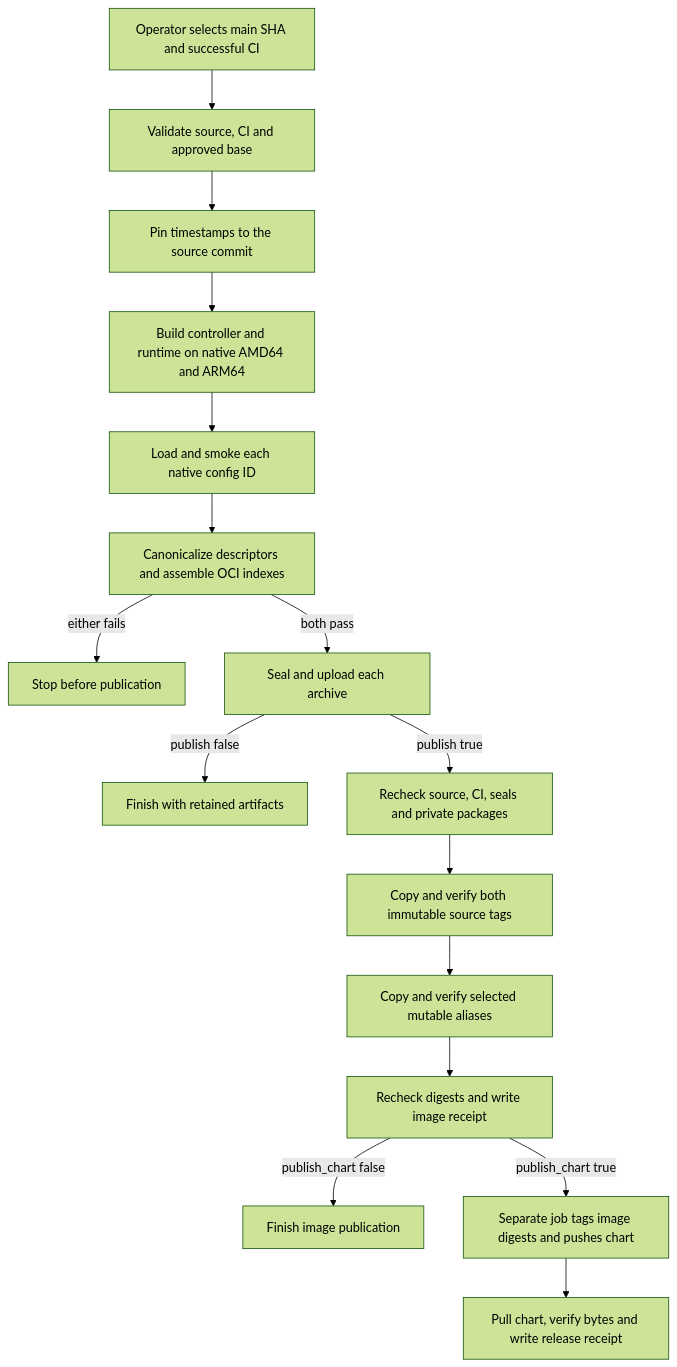
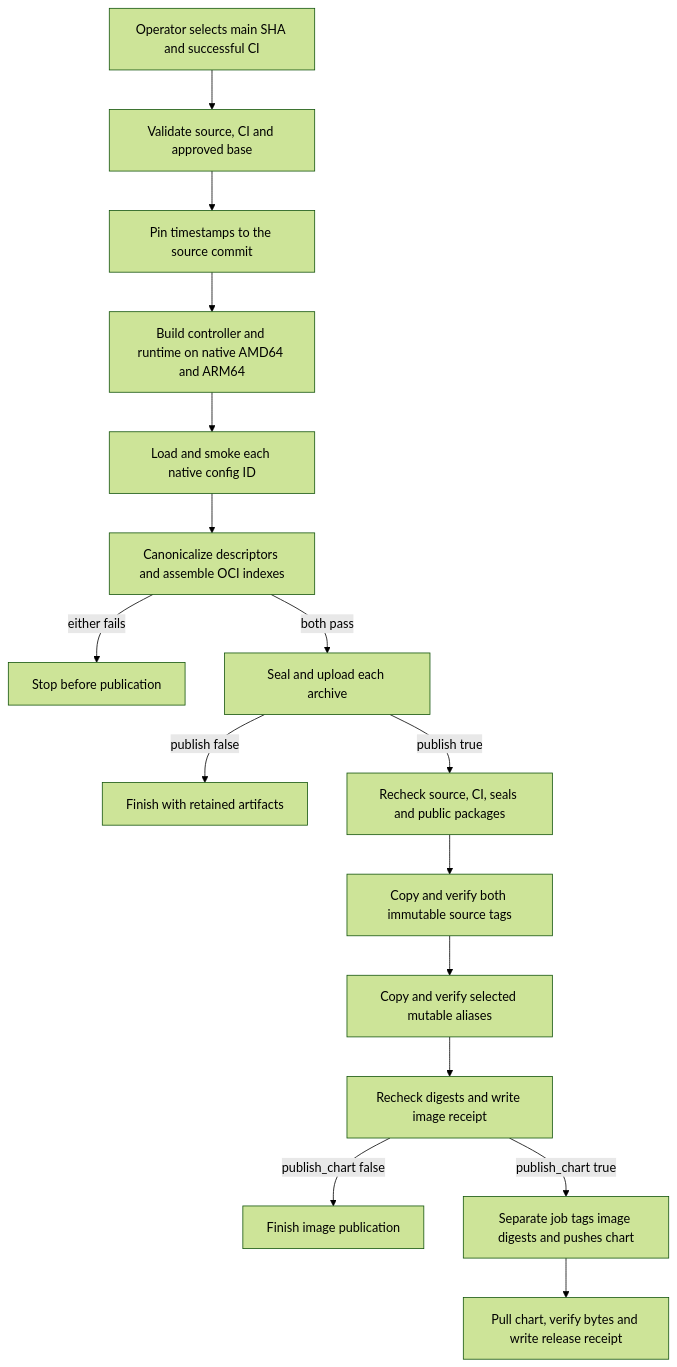
One commit to IsaiahStapleton/openclaw-enterprise changed the diagram in docs/flows/container-publication.md. Above: the diagram before and after it, drawn with Mermaid (forest theme). The commit also changed other lines of this file and 16 other files, not shown here.

Commit message:
fix(release): publish Enterprise images to public GHCR packages

````diff
--- a/docs/flows/container-publication.md
+++ b/docs/flows/container-publication.md
@@ -32,18 +32,18 @@
 ```mermaid
 graph TD
   A["Operator selects main SHA and successful CI"] --> B["Validate source, CI and approved base"]
   B --> C["Pin timestamps to the source commit"]
   C --> D["Build controller and runtime on native AMD64 and ARM64"]
   D --> E["Load and smoke each native config ID"]
   E --> H["Canonicalize descriptors and assemble OCI indexes"]
   H -->|either fails| X["Stop before publication"]
   H -->|both pass| F["Seal and upload each archive"]
   F -->|publish false| G["Finish with retained artifacts"]
-  F -->|publish true| I["Recheck source, CI, seals and private packages"]
+  F -->|publish true| I["Recheck source, CI, seals and public packages"]
   I --> J["Copy and verify both immutable source tags"]
   J --> K["Copy and verify selected mutable aliases"]
   K --> L["Recheck digests and write image receipt"]
   L -->|publish_chart false| O["Finish image publication"]
   L -->|publish_chart true| M["Separate job tags image digests and pushes chart"]
   M --> N["Pull chart, verify bytes and write release receipt"]
 ```
````
